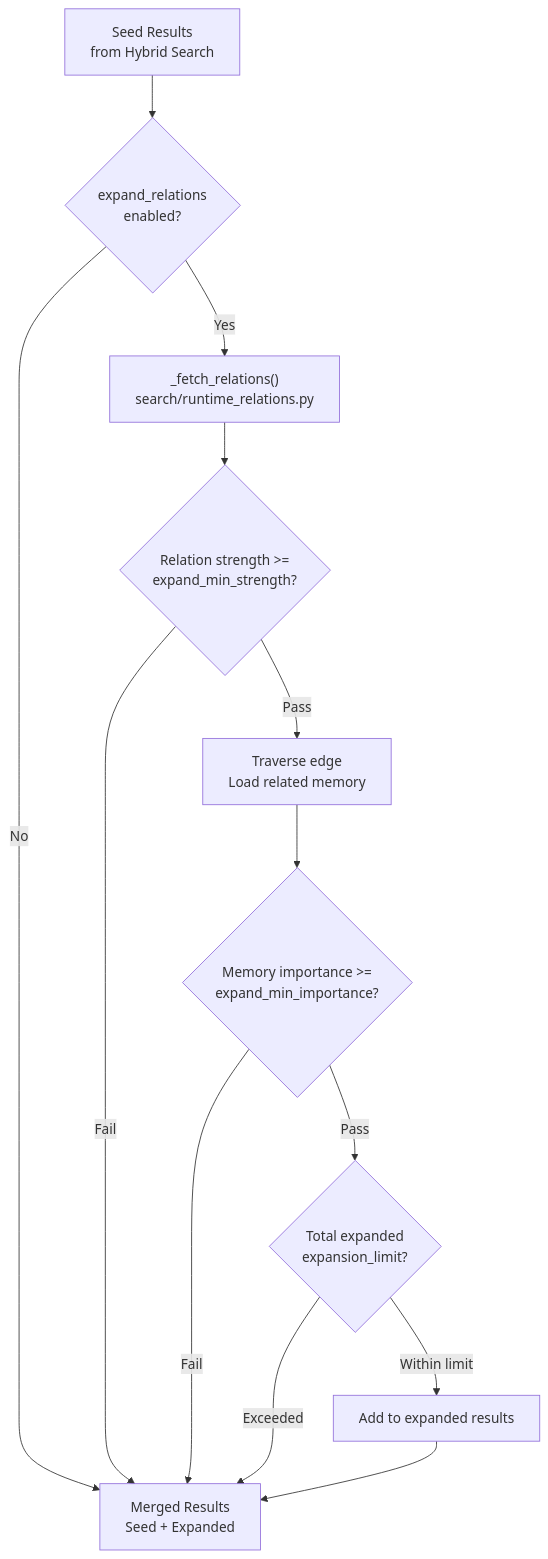
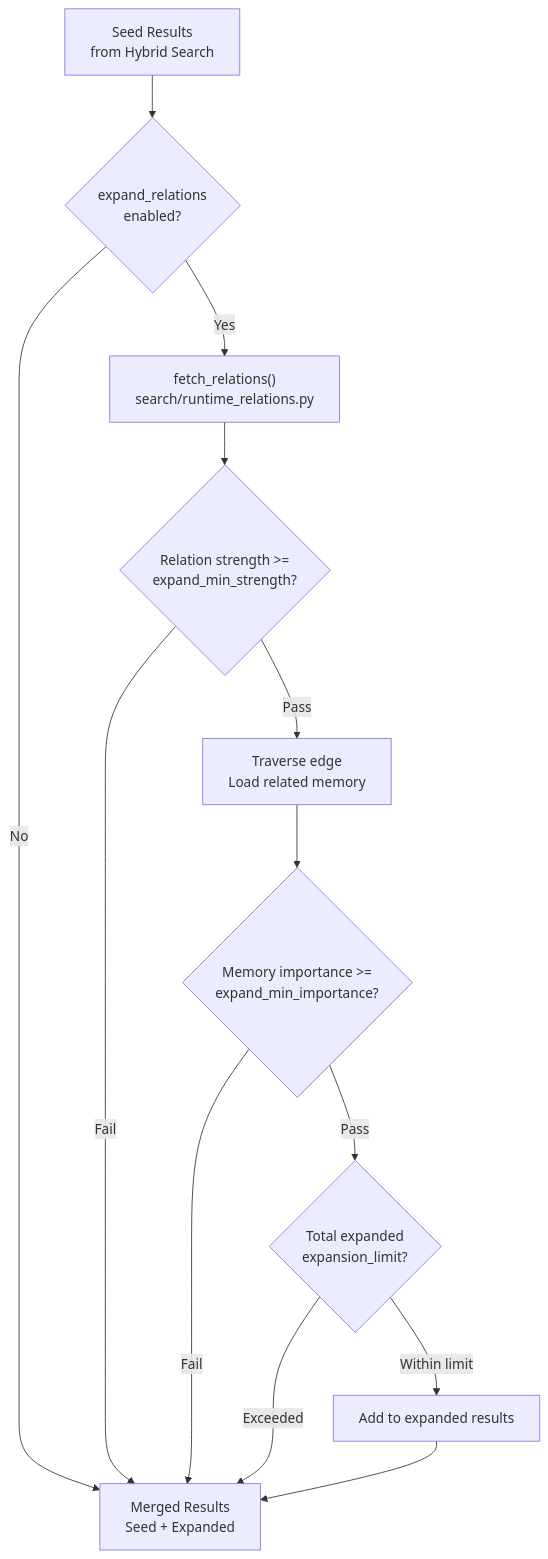
One commit to verygoodplugins/automem-website changed the third of 4 diagrams in src/content/docs/docs/reference/api/recall-operations.md. Above: the diagram before and after it, drawn with Mermaid. The commit also changed other lines of this file, not shown here.

````diff
--- a/src/content/docs/docs/reference/api/recall-operations.md
+++ b/src/content/docs/docs/reference/api/recall-operations.md
@@ -257,36 +257,36 @@
 ```mermaid
 graph TB
     SeedResults["Seed Results<br/>from Hybrid Search"]
 
     CheckExpand{"expand_relations<br/>enabled?"}
 
-    FetchRelations["_fetch_relations()<br/>search/runtime_relations.py"]
+    FetchRelations["fetch_relations()<br/>search/runtime_relations.py"]
 
     FilterStrength{"Relation strength >=<br/>expand_min_strength?"}
 
     FilterImportance{"Memory importance >=<br/>expand_min_importance?"}
 
     TraverseEdge["Traverse edge<br/>Load related memory"]
 
     CheckLimit{"Total expanded <br/>expansion_limit?"}
 
     AddToResults["Add to expanded results"]
 
     FinalResults["Merged Results<br/>Seed + Expanded"]
 
     SeedResults --> CheckExpand
     CheckExpand -->|No| FinalResults
     CheckExpand -->|Yes| FetchRelations
 
     FetchRelations --> FilterStrength
     FilterStrength -->|Fail| FinalResults
     FilterStrength -->|Pass| TraverseEdge
 
     TraverseEdge --> FilterImportance
     FilterImportance -->|Fail| FinalResults
     FilterImportance -->|Pass| CheckLimit
 
     CheckLimit -->|Exceeded| FinalResults
     CheckLimit -->|Within limit| AddToResults
     AddToResults --> FinalResults
 ```
````
